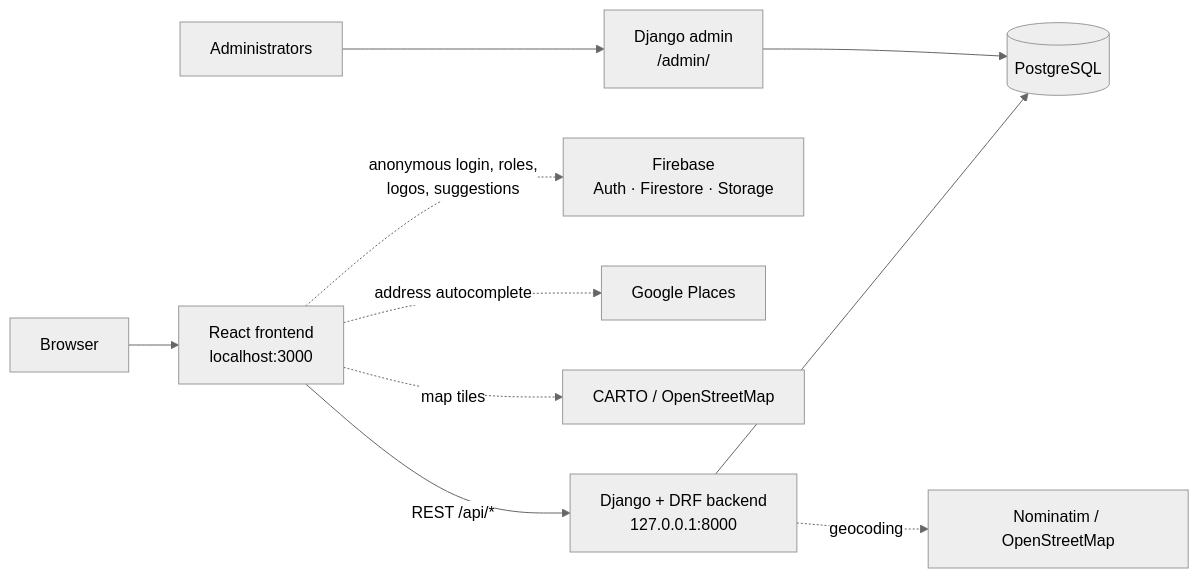
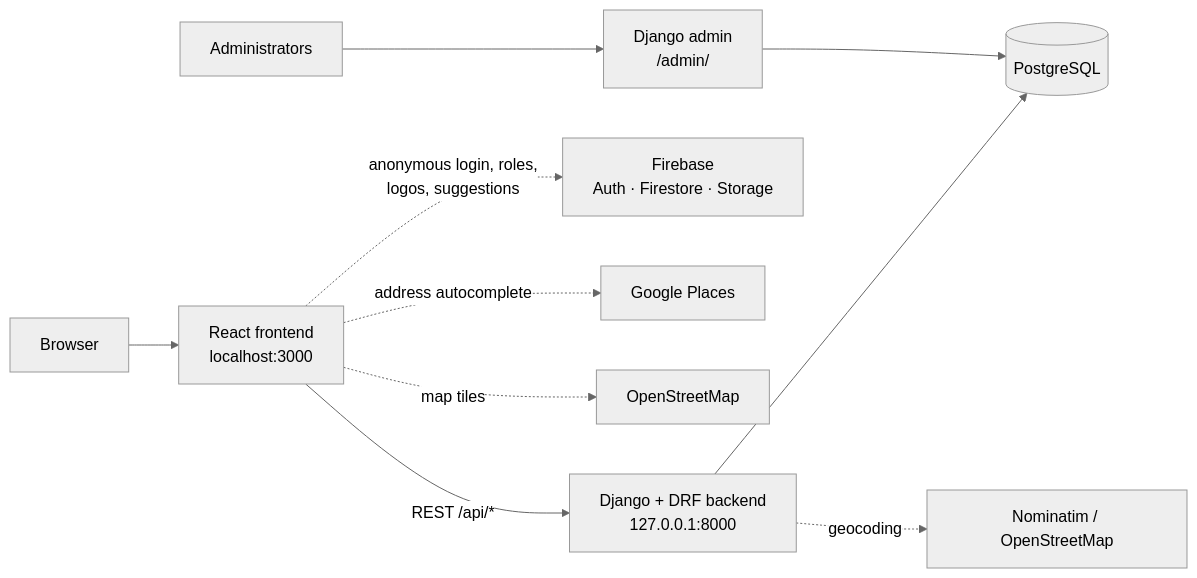
Before and after one commit to profesorjuanpegonzalez-afk/deporteca-app: the first of 2 diagrams in docs/en/arquitectura.md, drawn with Mermaid (neutral theme). The commit also changed other lines of this file and 8 other files, not shown here.

First line of the commit message:
fix: usar teselas de OpenStreetMap en el mapa

````diff
--- a/docs/en/arquitectura.md
+++ b/docs/en/arquitectura.md
@@ -8,12 +8,12 @@
 ```mermaid
 flowchart LR
     U[Browser] --> FE[React frontend<br/>localhost:3000]
     FE -- "REST /api/*" --> BE[Django + DRF backend<br/>127.0.0.1:8000]
     BE --> DB[(PostgreSQL)]
     BE -. "geocoding" .-> NOM[Nominatim / OpenStreetMap]
     FE -. "anonymous login, roles,<br/>logos, suggestions" .-> FB[Firebase<br/>Auth · Firestore · Storage]
     FE -. "address autocomplete" .-> GP[Google Places]
-    FE -. "map tiles" .-> MAP[CARTO / OpenStreetMap]
+    FE -. "map tiles" .-> MAP[OpenStreetMap]
     ADM[Administrators] --> DA[Django admin<br/>/admin/]
     DA --> DB
 ```
````
